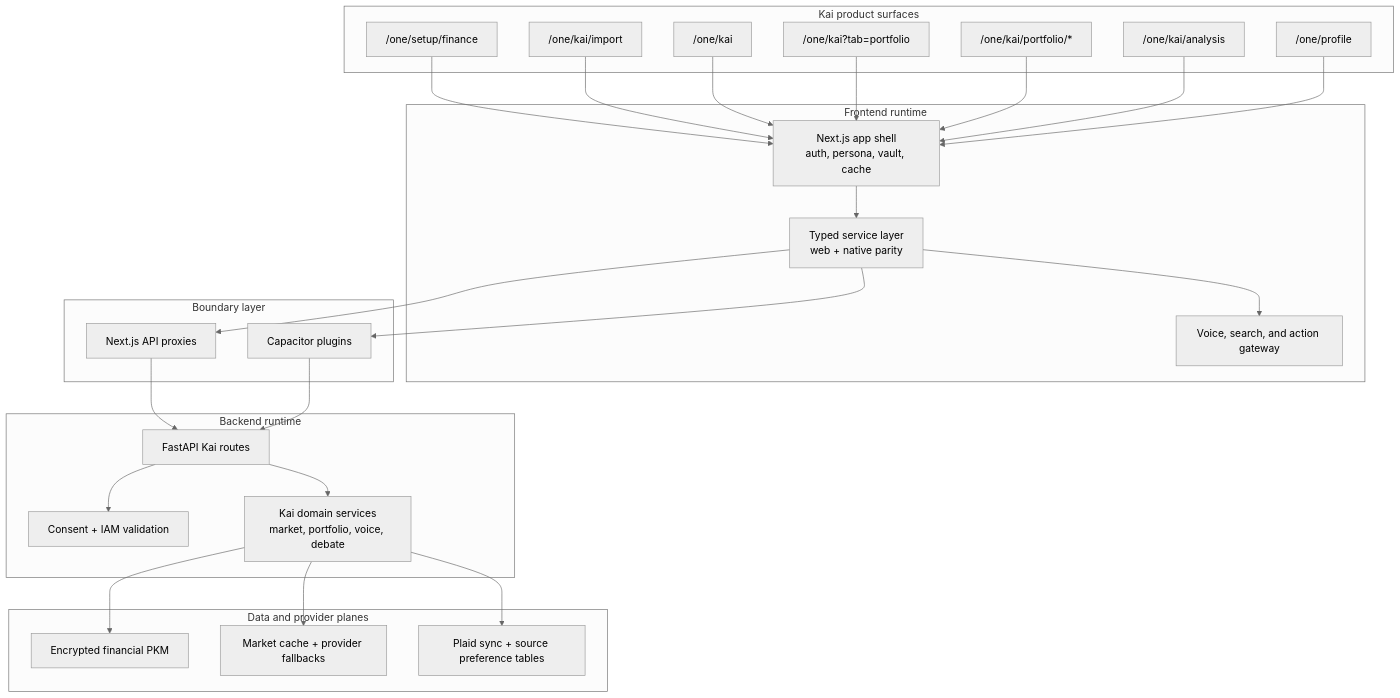
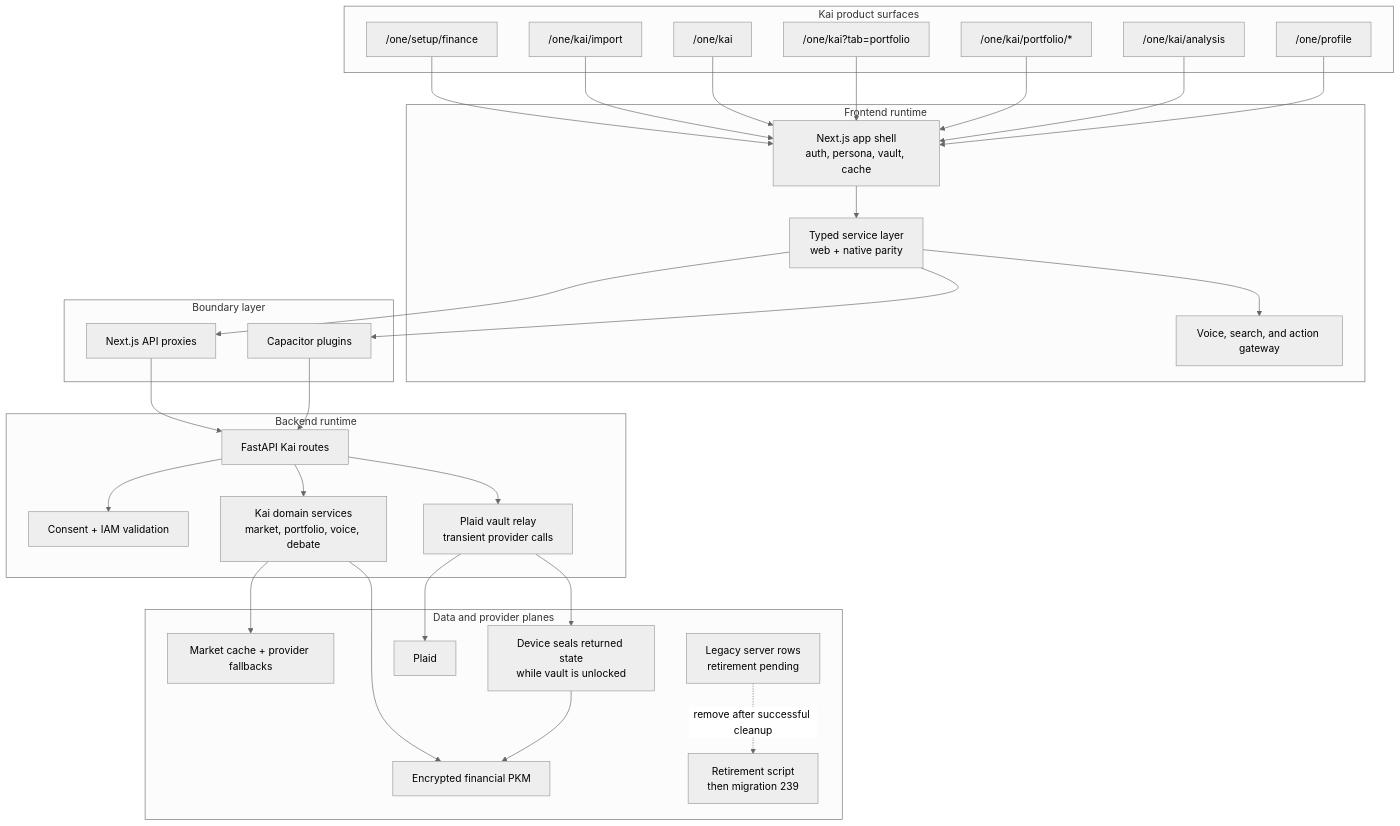
One commit to hushh-labs/hushh-research changed the diagram in docs/reference/kai/kai-architecture-specification-v1.md. Above: the diagram before and after it, drawn with Mermaid (neutral theme). The commit also changed other lines of this file and 22 other files, not shown here.

````diff
--- a/docs/reference/kai/kai-architecture-specification-v1.md
+++ b/docs/reference/kai/kai-architecture-specification-v1.md
@@ -7,53 +7,59 @@
 ```mermaid
 flowchart TB
   subgraph surfaces["Kai product surfaces"]
     onboarding["/one/setup/finance"]
     import["/one/kai/import"]
     home["/one/kai"]
     portfolio["/one/kai?tab=portfolio"]
     portfolioDetails["/one/kai/portfolio/*"]
     analysis["/one/kai/analysis"]
     profile["/one/profile"]
   end
 
   subgraph frontend["Frontend runtime"]
     shell["Next.js app shell<br/>auth, persona, vault, cache"]
     services["Typed service layer<br/>web + native parity"]
     action["Voice, search, and action gateway"]
   end
 
   subgraph boundary["Boundary layer"]
     next["Next.js API proxies"]
     native["Capacitor plugins"]
   end
 
   subgraph backend["Backend runtime"]
     routes["FastAPI Kai routes"]
     policy["Consent + IAM validation"]
     domain["Kai domain services<br/>market, portfolio, voice, debate"]
+    plaid["Plaid vault relay<br/>transient provider calls"]
   end
 
   subgraph data["Data and provider planes"]
     pkm["Encrypted financial PKM"]
     cache["Market cache + provider fallbacks"]
-    plaid["Plaid sync + source preference tables"]
+    plaidLegacy["Legacy server rows<br/>retirement pending"]
+    retirement["Retirement script<br/>then migration 239"]
+    plaidProvider["Plaid"]
+    deviceVault["Device seals returned state<br/>while vault is unlocked"]
   end
 
   onboarding --> shell
   import --> shell
   home --> shell
   portfolio --> shell
   portfolioDetails --> shell
   analysis --> shell
   profile --> shell
   shell --> services --> action
   services --> next
   services --> native
   next --> routes
   native --> routes
   routes --> policy
   routes --> domain
   domain --> pkm
   domain --> cache
-  domain --> plaid
+  routes --> plaid --> plaidProvider
+  plaid --> deviceVault --> pkm
+  plaidLegacy -.remove after successful cleanup.-> retirement
 ```
````
